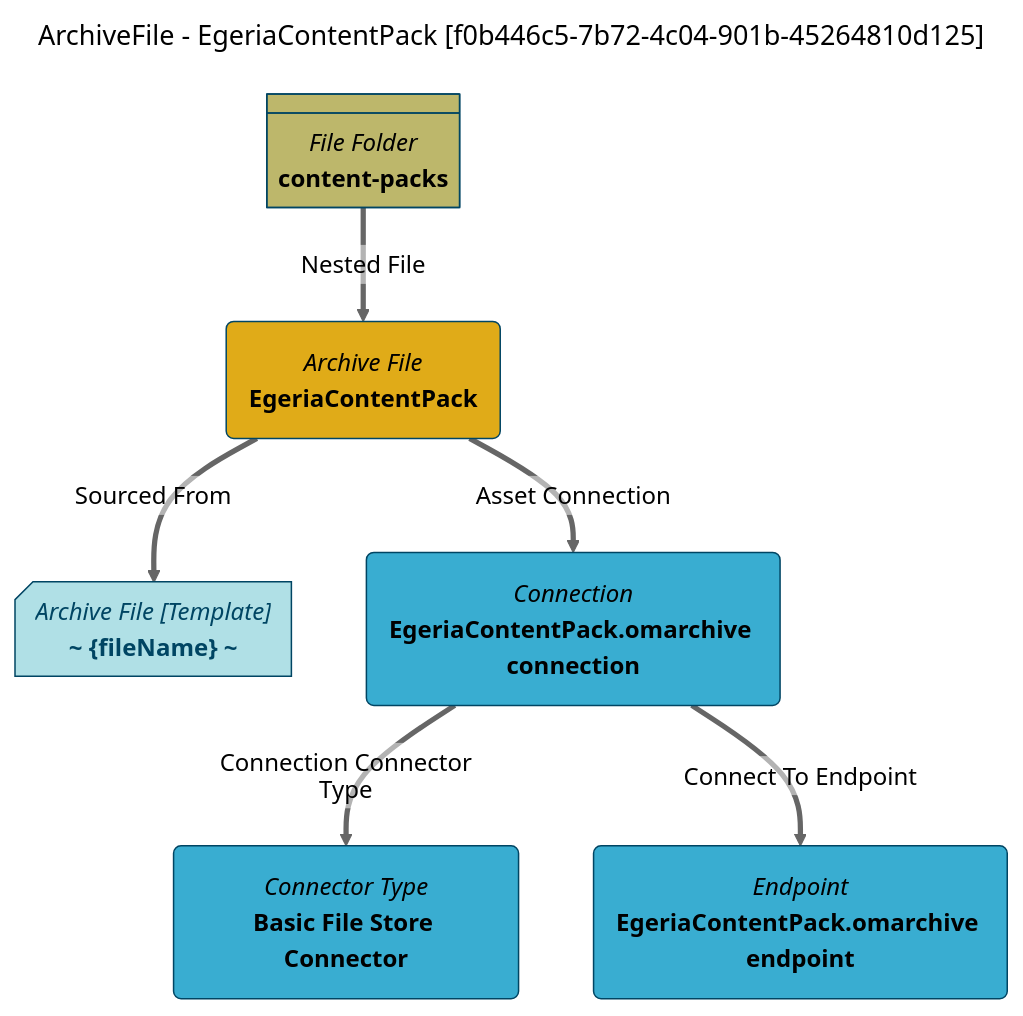
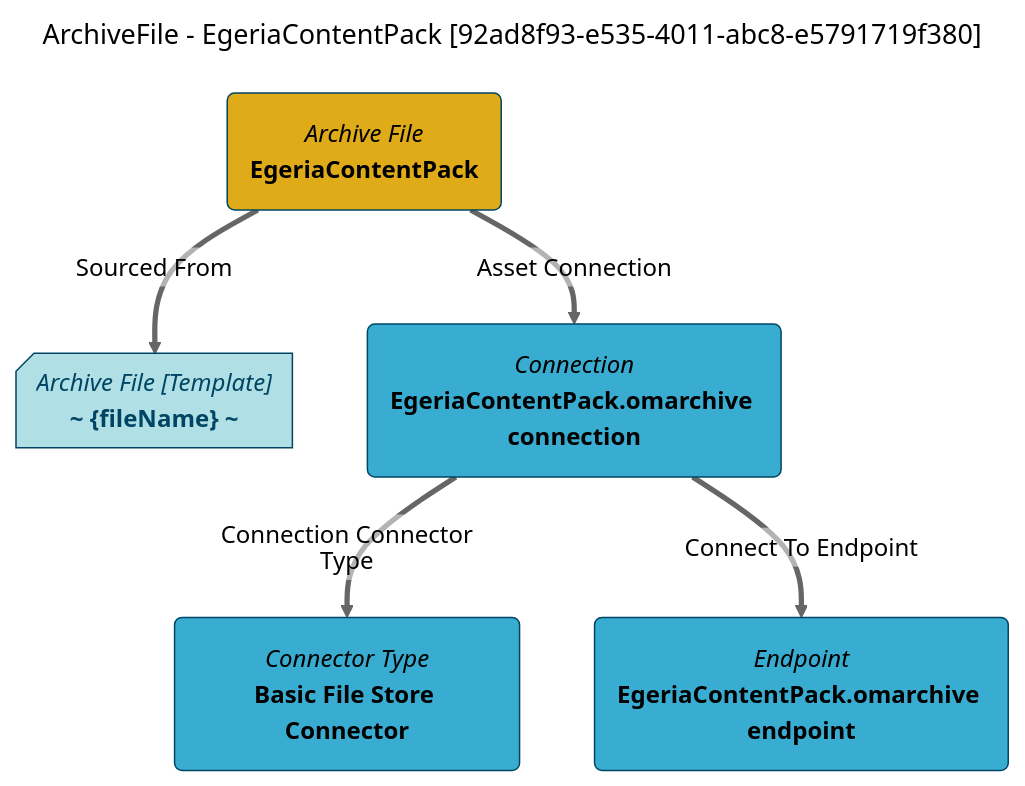
Before and after one commit to odpi/egeria-docs: the diagram in site/snippets/data-assets/egeriacontentpack-mermaid-graph.md, drawn with Mermaid (neutral theme). The commit also changed 2201 other files, not shown here.

````diff
--- a/site/snippets/data-assets/egeriacontentpack-mermaid-graph.md
+++ b/site/snippets/data-assets/egeriacontentpack-mermaid-graph.md
@@ -1,31 +1,27 @@
 ```mermaid
 ---
-title: ArchiveFile - EgeriaContentPack [f0b446c5-7b72-4c04-901b-45264810d125]
+title: ArchiveFile - EgeriaContentPack [92ad8f93-e535-4011-abc8-e5791719f380]
 ---
 flowchart TD
 %%{init: {"flowchart": {"htmlLabels": false}} }%%
 
 1@{ shape: rounded, label: "*Archive File*
 **EgeriaContentPack**"}
 2@{ shape: card, label: "*Archive File [Template]*
 **~ {fileName} ~**"}
 1==>|"Sourced From"|2
 3@{ shape: rounded, label: "*Connection*
 **EgeriaContentPack.omarchive connection**"}
 1==>|"Asset Connection"|3
 4@{ shape: rounded, label: "*Connector Type*
 **Basic File Store Connector**"}
 3==>|"Connection Connector Type"|4
 5@{ shape: rounded, label: "*Endpoint*
 **EgeriaContentPack.omarchive endpoint**"}
 3==>|"Connect To Endpoint"|5
-6@{ shape: div-rect, label: "*File Folder*
-**content-packs**"}
-6==>|"Nested File"|1
 style 1 color:#000000, fill:#e0ab18, stroke:#004563
 style 2 color:#004563, fill:#b0e0e6, stroke:#004563
 style 3 color:#000000, fill:#39add1, stroke:#004563
 style 4 color:#000000, fill:#39add1, stroke:#004563
 style 5 color:#000000, fill:#39add1, stroke:#004563
-style 6 color:#000000, fill:#bdb76b, stroke:#004563
 ```
````
